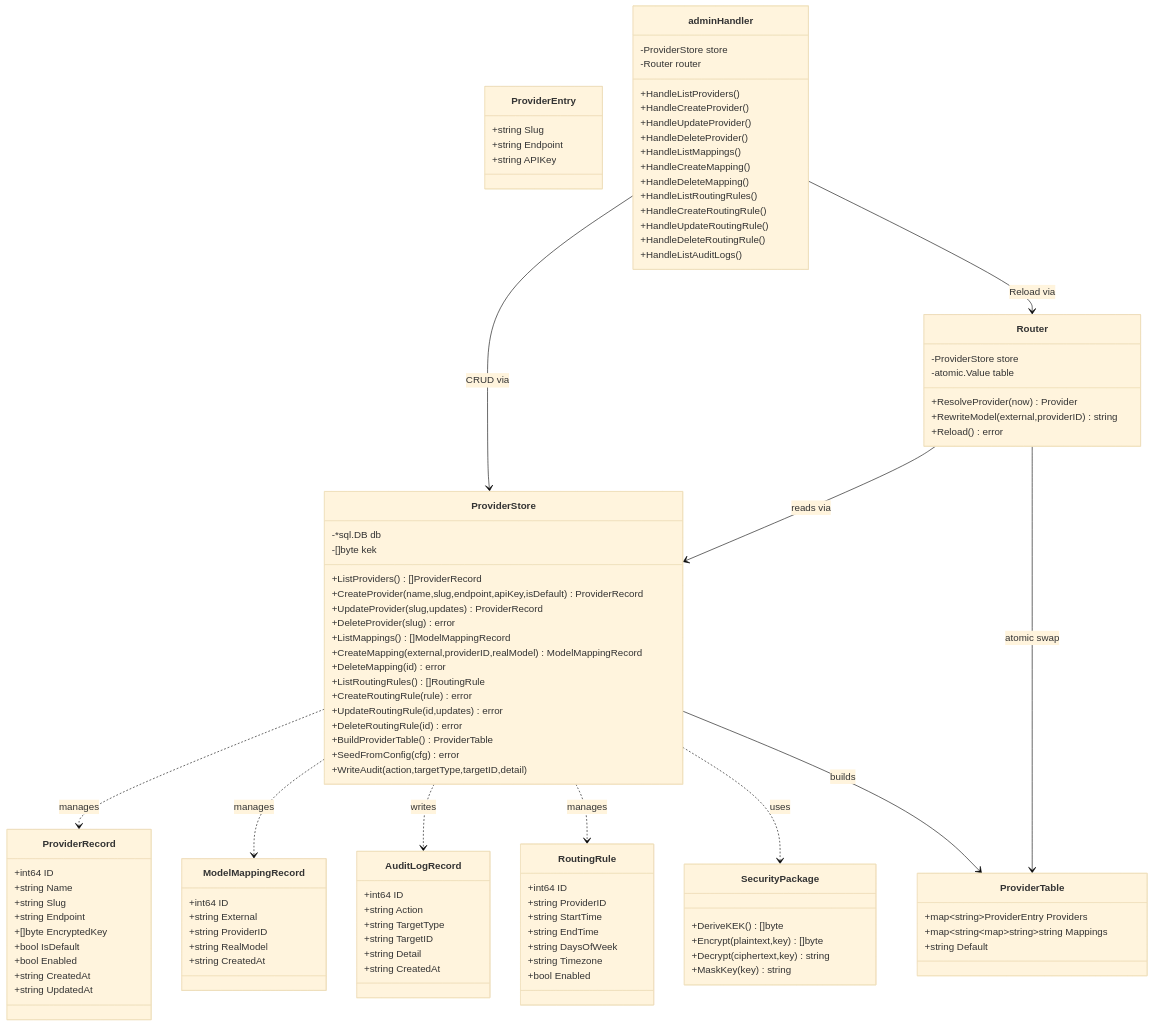
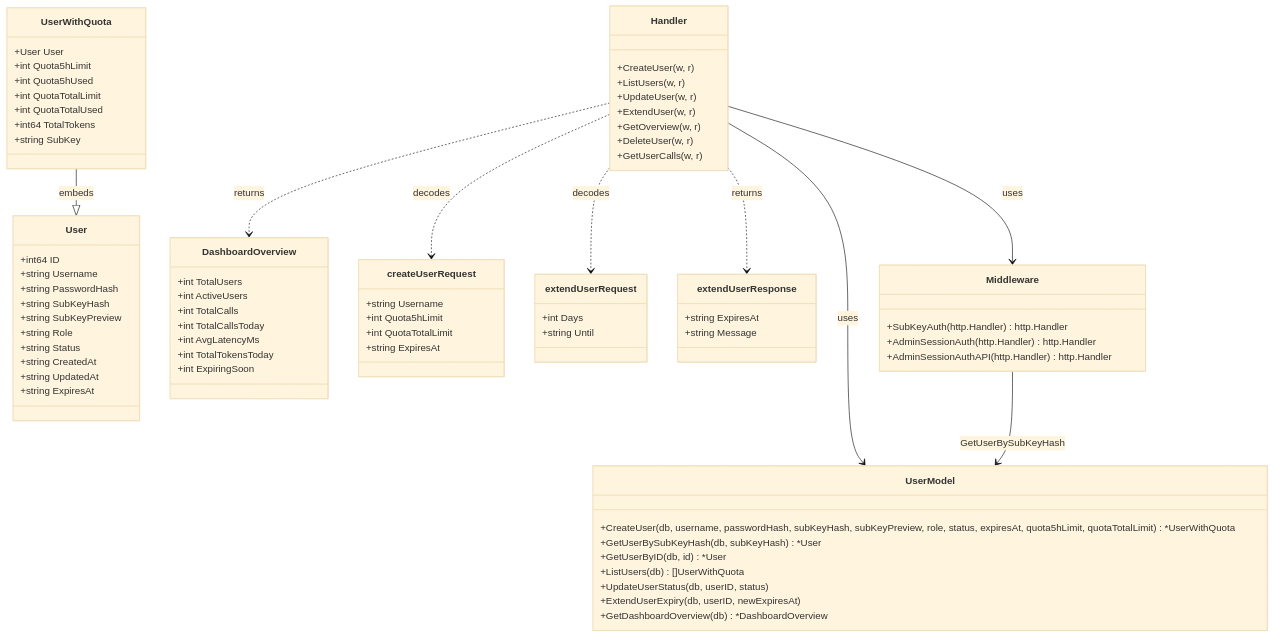
The first of 4 diagrams in docs/system_design.md (16499259-oss/shimiaocheng-llm), drawn with Mermaid (base theme) before and after one commit. The commit also changed other lines of this file and 4 other files, not shown here.

Commit message:
docs: update design docs + add user-expiry PRD and sequence diagram

````diff
--- a/docs/system_design.md
+++ b/docs/system_design.md
@@ -326,117 +68,87 @@
 ```mermaid
 classDiagram
-    direction TB
-
-    class ProviderRecord {
+    class User {
         +int64 ID
-        +string Name
-        +string Slug
-        +string Endpoint
-        +[]byte EncryptedKey
-        +bool IsDefault
-        +bool Enabled
+        +string Username
+        +string PasswordHash
+        +string SubKeyHash
+        +string SubKeyPreview
+        +string Role
+        +string Status
         +string CreatedAt
         +string UpdatedAt
+        +string ExpiresAt
     }
 
-    class ModelMappingRecord {
-        +int64 ID
-        +string External
-        +string ProviderID
-        +string RealModel
-        +string CreatedAt
+    class UserWithQuota {
+        +User User
+        +int Quota5hLimit
+        +int Quota5hUsed
+        +int QuotaTotalLimit
+        +int QuotaTotalUsed
+        +int64 TotalTokens
+        +string SubKey
     }
 
-    class AuditLogRecord {
-        +int64 ID
-        +string Action
-        +string TargetType
-        +string TargetID
-        +string Detail
-        +string CreatedAt
+    class DashboardOverview {
+        +int TotalUsers
+        +int ActiveUsers
+        +int TotalCalls
+        +int TotalCallsToday
+        +int AvgLatencyMs
+        +int TotalTokensToday
+        +int ExpiringSoon
     }
 
-    class RoutingRule {
-        +int64 ID
-        +string ProviderID
-        +string StartTime
-        +string EndTime
-        +string DaysOfWeek
-        +string Timezone
-        +bool Enabled
+    class createUserRequest {
+        +string Username
+        +int Quota5hLimit
+        +int QuotaTotalLimit
+        +string ExpiresAt
     }
 
-    class ProviderStore {
-        -*sql.DB db
-        -[]byte kek
-        +ListProviders() []ProviderRecord
-        +CreateProvider(name,slug,endpoint,apiKey,isDefault) ProviderRecord
-        +UpdateProvider(slug,updates) ProviderRecord
-        +DeleteProvider(slug) error
-        +ListMappings() []ModelMappingRecord
-        +CreateMapping(external,providerID,realModel) ModelMappingRecord
-        +DeleteMapping(id) error
-        +ListRoutingRules() []RoutingRule
-        +CreateRoutingRule(rule) error
-        +UpdateRoutingRule(id,updates) error
-        +DeleteRoutingRule(id) error
-        +BuildProviderTable() ProviderTable
-        +SeedFromConfig(cfg) error
-        +WriteAudit(action,targetType,targetID,detail)
+    class extendUserRequest {
+        +int Days
+        +string Until
     }
 
-    class ProviderTable {
-        +map~string~ProviderEntry Providers
-        +map~string~map~string~string Mappings
-        +string Default
+    class extendUserResponse {
+        +string ExpiresAt
+        +string Message
     }
 
-    class ProviderEntry {
-        +string Slug
-        +string Endpoint
-        +string APIKey
+    class Middleware {
+        +SubKeyAuth(http.Handler) http.Handler
+        +AdminSessionAuth(http.Handler) http.Handler
+        +AdminSessionAuthAPI(http.Handler) http.Handler
     }
 
-    class Router {
-        -ProviderStore store
-        -atomic.Value table
-        +ResolveProvider(now) Provider
-        +RewriteModel(external,providerID) string
-        +Reload() error
+    class Handler {
+        +CreateUser(w, r)
+        +ListUsers(w, r)
+        +UpdateUser(w, r)
+        +ExtendUser(w, r)
+        +GetOverview(w, r)
+        +DeleteUser(w, r)
+        +GetUserCalls(w, r)
     }
 
-    class adminHandler {
-        -ProviderStore store
-        -Router router
-        +HandleListProviders()
-        +HandleCreateProvider()
-        +HandleUpdateProvider()
-        +HandleDeleteProvider()
-        +HandleListMappings()
-        +HandleCreateMapping()
-        +HandleDeleteMapping()
-        +HandleListRoutingRules()
-        +HandleCreateRoutingRule()
-        +HandleUpdateRoutingRule()
-        +HandleDeleteRoutingRule()
-        +HandleListAuditLogs()
+    class UserModel {
+        +CreateUser(db, username, passwordHash, subKeyHash, subKeyPreview, role, status, expiresAt, quota5hLimit, quotaTotalLimit) *UserWithQuota
+        +GetUserBySubKeyHash(db, subKeyHash) *User
+        +GetUserByID(db, id) *User
+        +ListUsers(db) []UserWithQuota
+        +UpdateUserStatus(db, userID, status)
+        +ExtendUserExpiry(db, userID, newExpiresAt)
+        +GetDashboardOverview(db) *DashboardOverview
     }
 
-    class SecurityPackage {
-        +DeriveKEK() []byte
-        +Encrypt(plaintext,key) []byte
-        +Decrypt(ciphertext,key) string
-        +MaskKey(key) string
-    }
-
-    ProviderStore ..> ProviderRecord : manages
-    ProviderStore ..> ModelMappingRecord : manages
-    ProviderStore ..> AuditLogRecord : writes
-    ProviderStore ..> RoutingRule : manages
-    ProviderStore ..> SecurityPackage : uses
-    ProviderStore --> ProviderTable : builds
-    Router --> ProviderStore : reads via
-    Router --> ProviderTable : atomic swap
-    adminHandler --> ProviderStore : CRUD via
-    adminHandler --> Router : Reload via
+    Handler --> UserModel : uses
+    Handler --> Middleware : uses
+    Middleware --> UserModel : GetUserBySubKeyHash
+    UserWithQuota --|> User : embeds
+    Handler ..> createUserRequest : decodes
+    Handler ..> extendUserRequest : decodes
+    Handler ..> extendUserResponse : returns
+    Handler ..> DashboardOverview : returns
 ```
````
